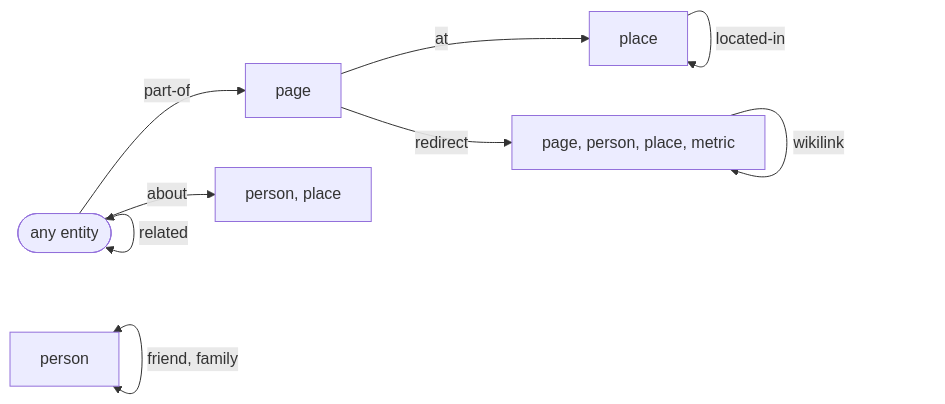
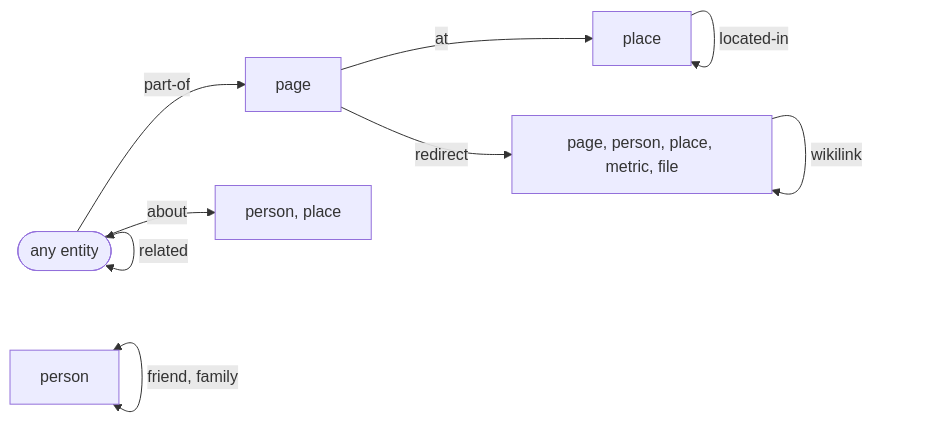
The diagram in docs/architecture/link-rules.md (alexradunet/lifelogdb), drawn with Mermaid before and after one commit. The commit also changed 58 other files, not shown here.

````diff
--- a/docs/architecture/link-rules.md
+++ b/docs/architecture/link-rules.md
@@ -7,20 +7,20 @@
 ```mermaid
 %% diagram: link-map
 flowchart LR
     any(["any entity"])
     person["person"]
     place["place"]
     page["page"]
     named["person, place"]
-    titled["page, person, place, metric"]
+    titled["page, person, place, metric, file"]
 
     any -->|"about"| named
     any <-->|"related"| any
     page -->|"at"| place
     person -->|"parent-of"| person
     person <-->|"friend, family"| person
     place -->|"located-in"| place
     any -->|"part-of"| page
     page -->|"redirect"| titled
     titled -->|"wikilink"| titled
 ```
````
